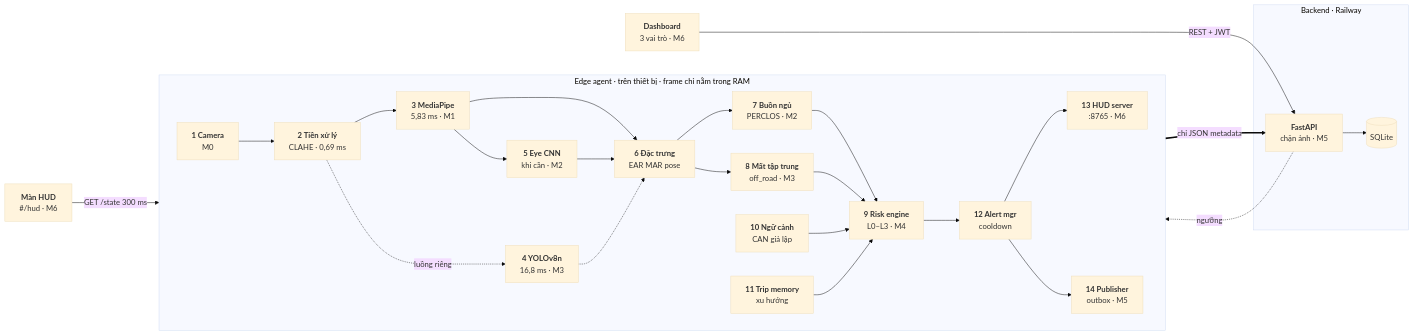
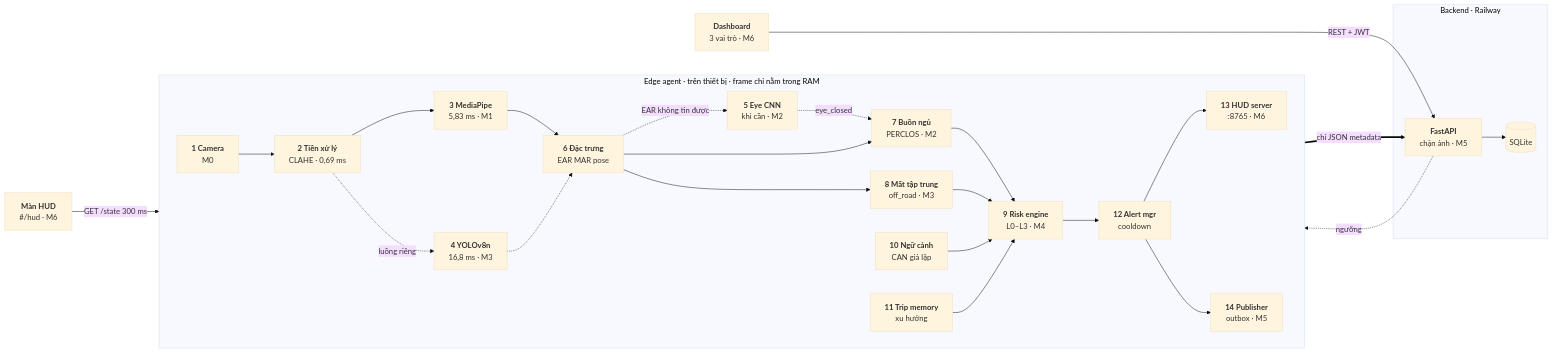
The first of 5 diagrams in docs/architecture_diagram.md (doananhquan26072005/driverguard), drawn with Mermaid (base theme) before and after one commit. The commit also changed other lines of this file and 29 other files, not shown here.

First line of the commit message:
docs: README screenshots, Docker run steps and team roles; architecture overview diagram, journal, worklog, demo script and pitch deck figures

````diff
--- a/docs/architecture_diagram.md
+++ b/docs/architecture_diagram.md
@@ -21,48 +53,48 @@
 ```mermaid
 flowchart LR
     subgraph EDGE["Edge agent · trên thiết bị · frame chỉ nằm trong RAM"]
         direction LR
         B1["<b>1 Camera</b><br/>M0"]
         B2["<b>2 Tiền xử lý</b><br/>CLAHE · 0,69 ms"]
         B3["<b>3 MediaPipe</b><br/>5,83 ms · M1"]
         B5["<b>5 Eye CNN</b><br/>khi cần · M2"]
         B4["<b>4 YOLOv8n</b><br/>16,8 ms · M3"]
         B6["<b>6 Đặc trưng</b><br/>EAR MAR pose"]
         B7["<b>7 Buồn ngủ</b><br/>PERCLOS · M2"]
         B8["<b>8 Mất tập trung</b><br/>off_road · M3"]
         B10["<b>10 Ngữ cảnh</b><br/>CAN giả lập"]
         B11["<b>11 Trip memory</b><br/>xu hướng"]
         B9["<b>9 Risk engine</b><br/>L0–L3 · M4"]
         B12["<b>12 Alert mgr</b><br/>cooldown"]
         B13["<b>13 HUD server</b><br/>:8765 · M6"]
         B14["<b>14 Publisher</b><br/>outbox · M5"]
 
         B1 --> B2 --> B3
-        B3 --> B5
         B2 -. luồng riêng .-> B4
         B3 --> B6
-        B5 --> B6
         B4 -.-> B6
+        B6 -. "EAR không tin được" .-> B5
+        B5 -. eye_closed .-> B7
         B6 --> B7 & B8
         B7 & B8 --> B9
         B10 --> B9
         B11 --> B9
         B9 --> B12
         B12 --> B13
         B12 --> B14
     end
 
     subgraph CLOUD["Backend · Railway"]
         API["<b>FastAPI</b><br/>chặn ảnh · M5"]
         DB[("SQLite")]
         API --> DB
     end
 
     HUDUI["<b>Màn HUD</b><br/>#/hud · M6"]
     DASH["<b>Dashboard</b><br/>3 vai trò · M6"]
 
     B14 == "chỉ JSON metadata" ==> API
     API -. ngưỡng .-> B9
     HUDUI -- "GET /state 300 ms" --> B13
     DASH -- "REST + JWT" --> API
 ```
````
